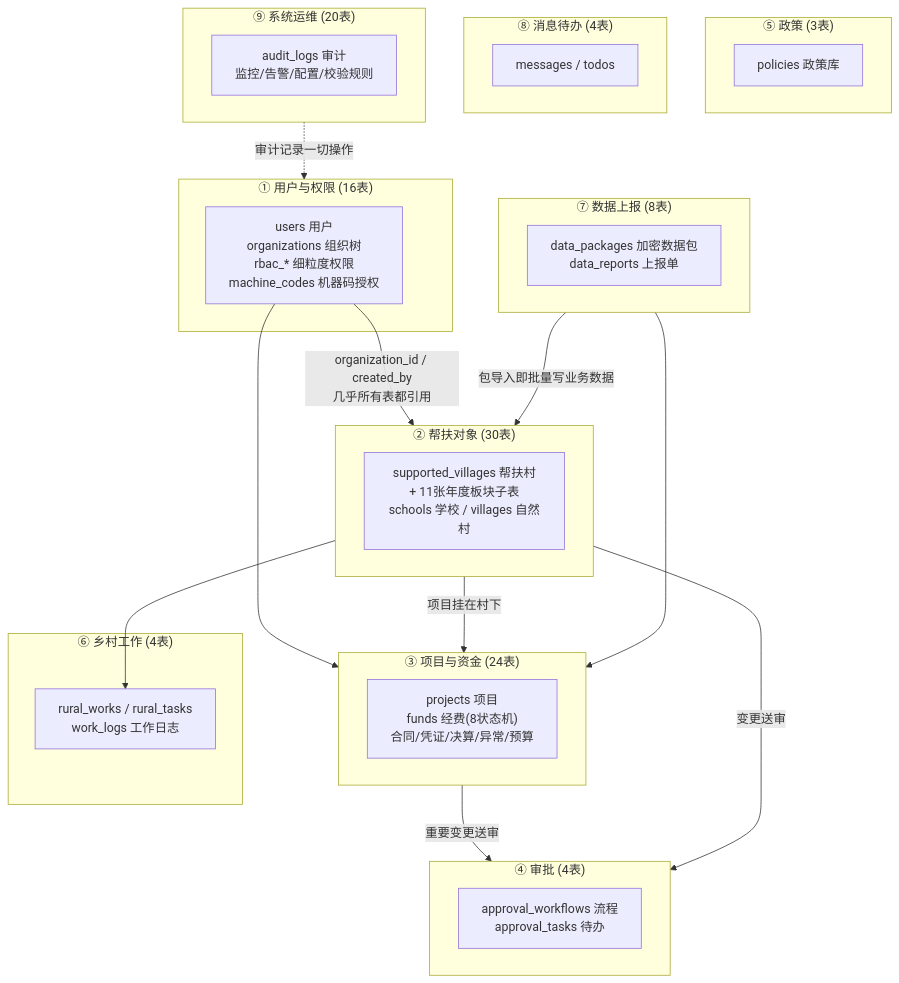
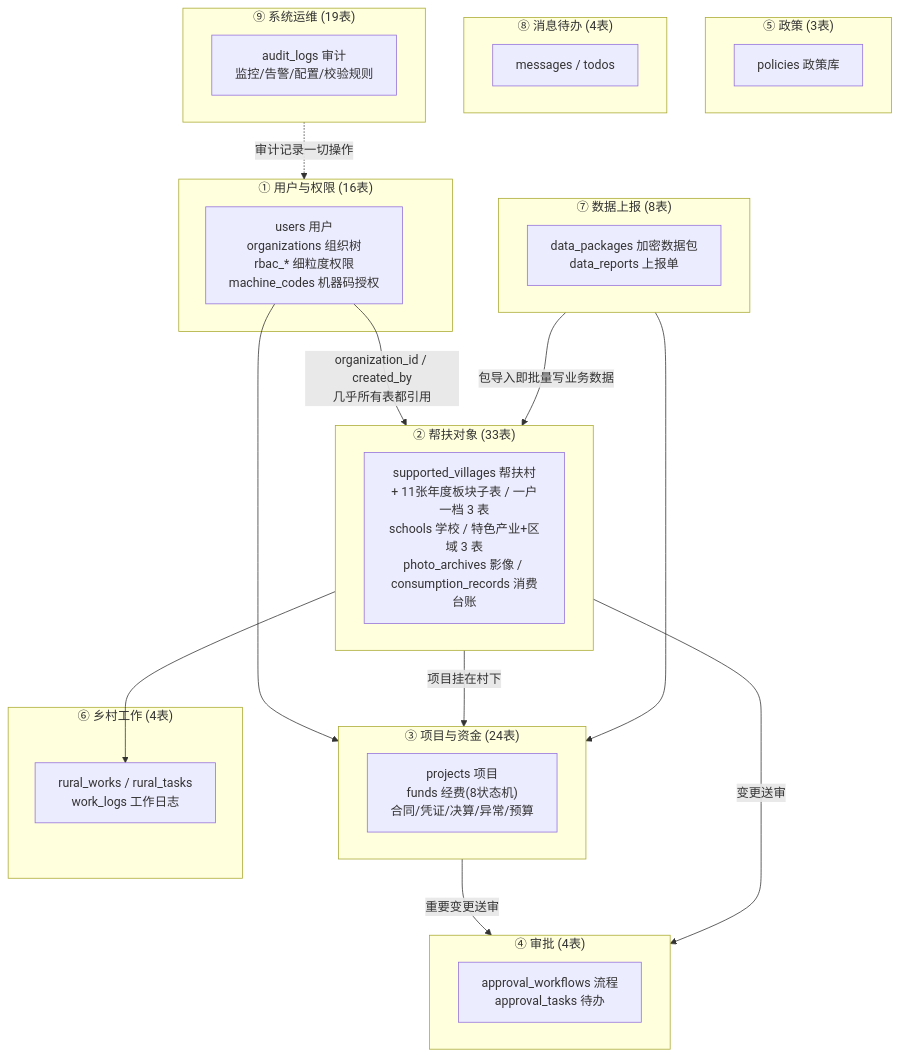
Before and after one commit to lzh745200/MRRS: the first of 9 diagrams in docs/03-开发文档/08-数据设计/01-数据库设计总览.md, drawn with Mermaid. The commit also changed other lines of this file and 163 other files, not shown here.

````diff
--- a/docs/03-开发文档/08-数据设计/01-数据库设计总览.md
+++ b/docs/03-开发文档/08-数据设计/01-数据库设计总览.md
@@ -18,40 +18,40 @@
 ```mermaid
 graph TB
     subgraph D1["① 用户与权限 (16表)"]
         U["users 用户<br/>organizations 组织树<br/>rbac_* 细粒度权限<br/>machine_codes 机器码授权"]
     end
-    subgraph D2["② 帮扶对象 (30表)"]
-        V["supported_villages 帮扶村<br/>+ 11张年度板块子表<br/>schools 学校 / villages 自然村"]
+    subgraph D2["② 帮扶对象 (33表)"]
+        V["supported_villages 帮扶村<br/>+ 11张年度板块子表 / 一户一档 3 表<br/>schools 学校 / 特色产业+区域 3 表<br/>photo_archives 影像 / consumption_records 消费台账"]
     end
     subgraph D3["③ 项目与资金 (24表)"]
         F["projects 项目<br/>funds 经费(8状态机)<br/>合同/凭证/决算/异常/预算"]
     end
     subgraph D4["④ 审批 (4表)"]
         A["approval_workflows 流程<br/>approval_tasks 待办"]
     end
     subgraph D5["⑤ 政策 (3表)"]
         P["policies 政策库"]
     end
     subgraph D6["⑥ 乡村工作 (4表)"]
         W["rural_works / rural_tasks<br/>work_logs 工作日志"]
     end
     subgraph D7["⑦ 数据上报 (8表)"]
         PK["data_packages 加密数据包<br/>data_reports 上报单"]
     end
     subgraph D8["⑧ 消息待办 (4表)"]
         M["messages / todos"]
     end
-    subgraph D9["⑨ 系统运维 (20表)"]
+    subgraph D9["⑨ 系统运维 (19表)"]
         O["audit_logs 审计<br/>监控/告警/配置/校验规则"]
     end
 
     U -->|"organization_id / created_by<br/>几乎所有表都引用"| D2
     U --> D3
     D2 -->|"项目挂在村下"| D3
     D3 -->|"重要变更送审"| D4
     D2 -->|"变更送审"| D4
     D7 -->|"包导入即批量写业务数据"| D2
     D7 --> D3
     D2 --> W
     D9 -.->|"审计记录一切操作"| D1
 ```
````
